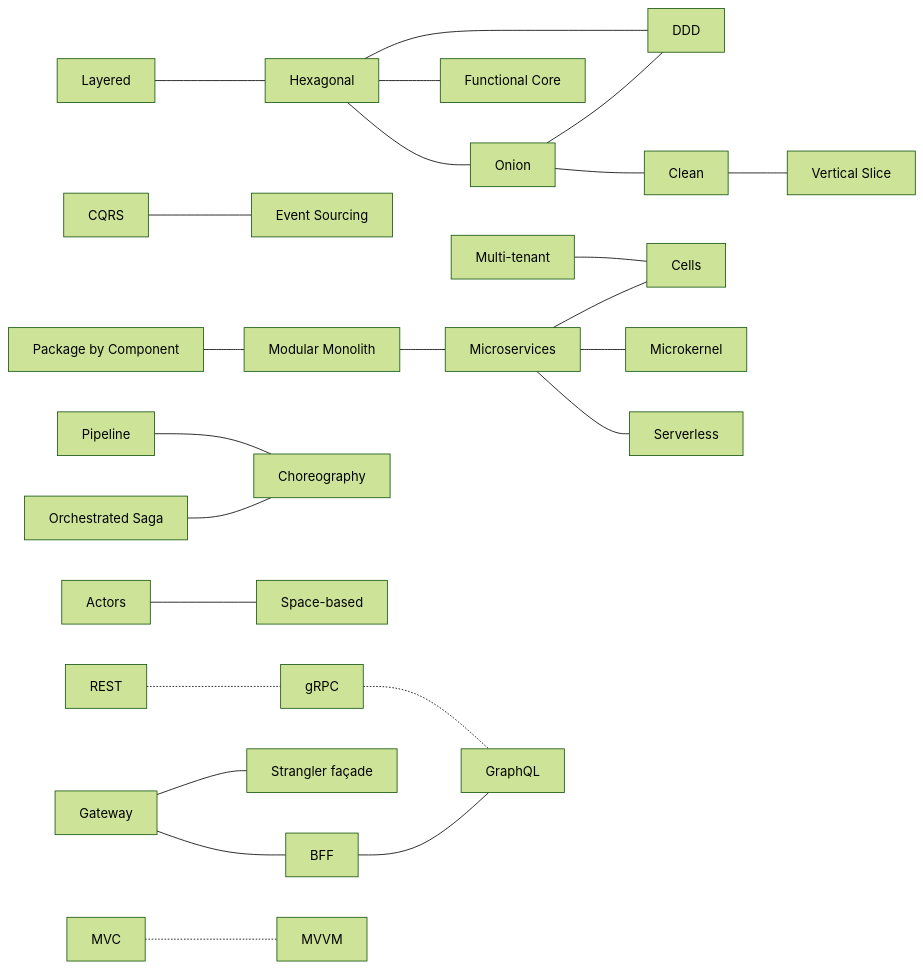
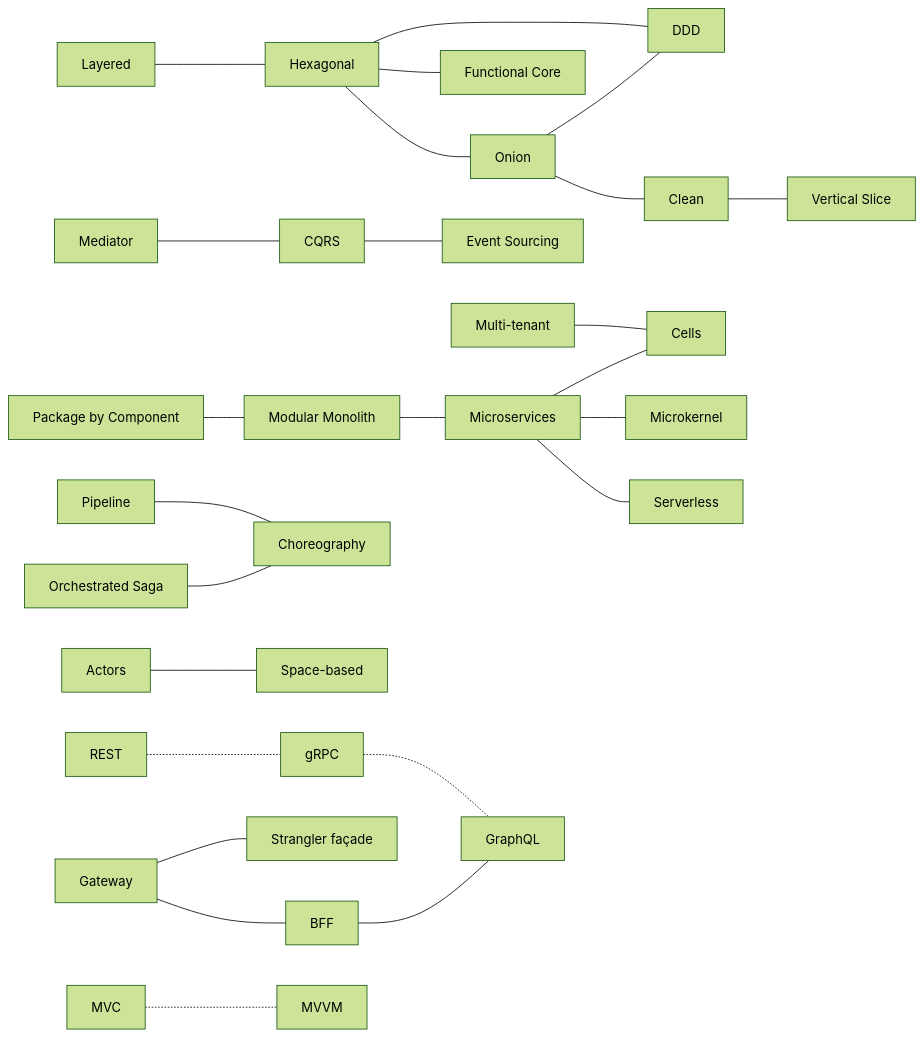
The diagram in Docs/en/differences/README.md (drangoht/ArchitecturesDemo), drawn with Mermaid (forest theme) before and after one commit. The commit also changed other lines of this file and 69 other files, not shown here.

````diff
--- a/Docs/en/differences/README.md
+++ b/Docs/en/differences/README.md
@@ -73,25 +74,26 @@
 ```mermaid
 flowchart LR
     CO["Layered"] --- HE["Hexagonal"]
     HE --- ON["Onion"]
     ON --- CL["Clean"]
     CL --- VS["Vertical Slice"]
     HE --- CF["Functional Core"]
     HE --- DDD["DDD"]
     ON --- DDD
     CQ["CQRS"] --- ES["Event Sourcing"]
+    MED["Mediator"] --- CQ
     CP["Package by Component"] --- MM["Modular Monolith"]
     MM --- MS["Microservices"]
     MS --- SL["Serverless"]
     MS --- MK["Microkernel"]
     MS --- CE["Cells"]
     MT["Multi-tenant"] --- CE
     SA["Orchestrated Saga"] --- CH["Choreography"]
     PI["Pipeline"] --- CH
     AC["Actors"] --- SP["Space-based"]
     PA["Gateway"] --- BFF["BFF"]
     BFF --- GQ["GraphQL"]
     PA --- SF["Strangler façade"]
     RE["REST"] -.- GR["gRPC"] -.- GQ
     MVC["MVC"] -.- MVVM["MVVM"]
 ```
````
